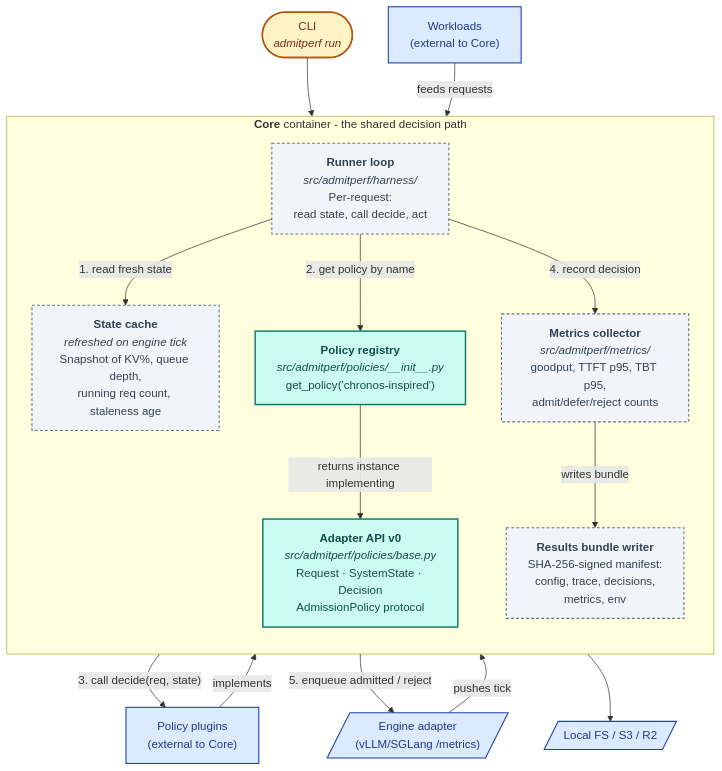
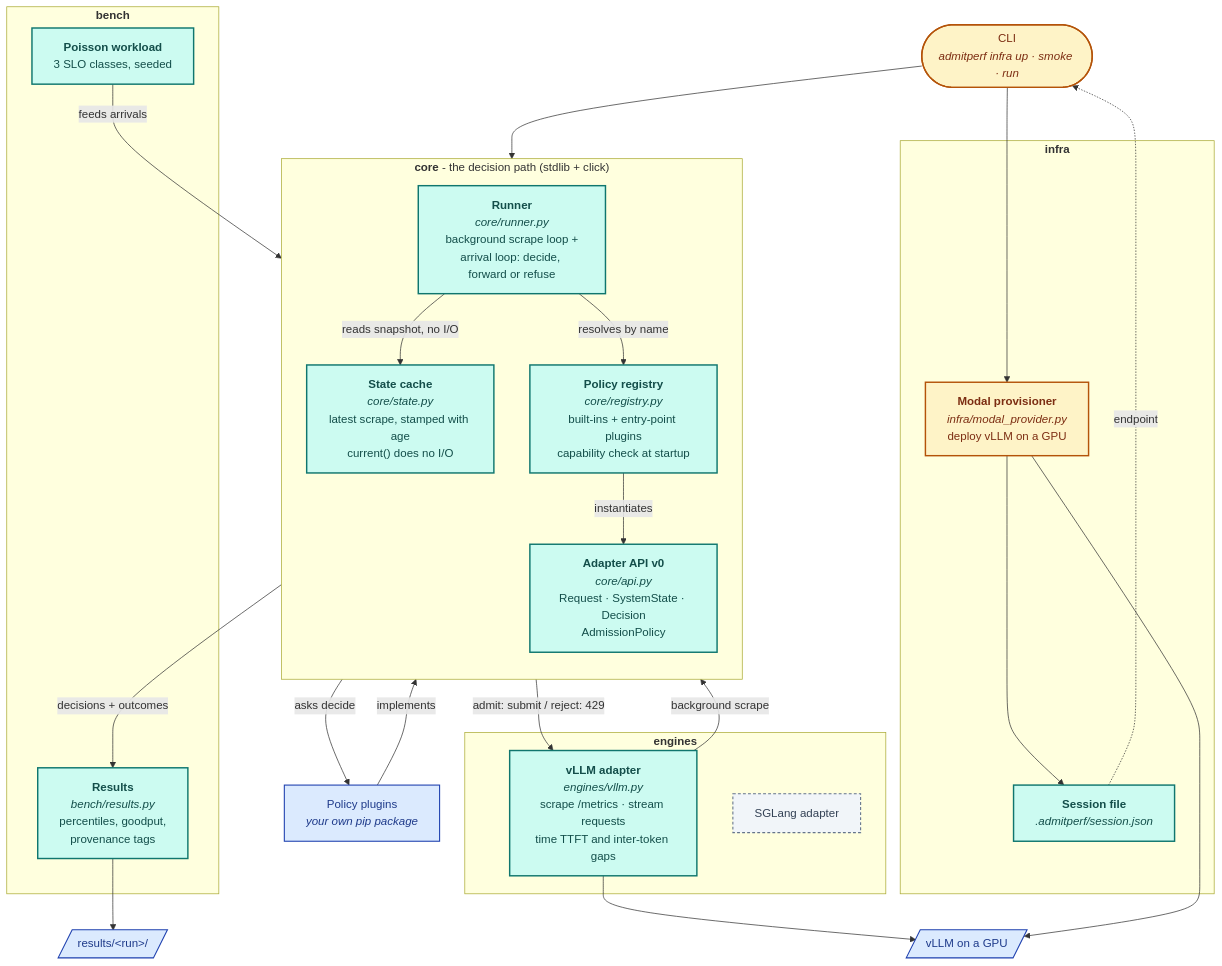
Before and after one commit to harshuljain13/AdmitPerf: the diagram in docs/architecture/03-component.mmd, drawn with Mermaid. The commit also changed 20 other files, not shown here.

```diff
--- a/docs/architecture/03-component.mmd
+++ b/docs/architecture/03-component.mmd
@@ -1,54 +1,67 @@
 %% C4 Level 3 — Component Diagram
-%% What lives inside the Core container. Green boxes exist; grey boxes are planned.
+%% What lives inside the package. Green boxes exist and are tested;
+%% amber is written but unproven; grey is not built. Matches docs/status.md.
 flowchart TB
 
-  cli(["CLI<br/><i>admitperf run</i>"])
+  cli(["CLI<br/><i>admitperf infra up · smoke · run</i>"])
 
-  subgraph CORE["<b>Core</b> container - the shared decision path"]
+  subgraph CORE["<b>core</b> - the decision path (stdlib + click)"]
     direction TB
 
-    api["<b>Adapter API v0</b><br/><i>src/admitperf/policies/base.py</i><br/>Request · SystemState · Decision<br/>AdmissionPolicy protocol"]
+    api["<b>Adapter API v0</b><br/><i>core/api.py</i><br/>Request · SystemState · Decision<br/>AdmissionPolicy"]
 
-    registry["<b>Policy registry</b><br/><i>src/admitperf/policies/__init__.py</i><br/>get_policy('chronos-inspired')"]
+    registry["<b>Policy registry</b><br/><i>core/registry.py</i><br/>built-ins + entry-point plugins<br/>capability check at startup"]
 
-    runner["<b>Runner loop</b><br/><i>src/admitperf/harness/</i><br/>Per-request:<br/>read state, call decide, act"]
+    runner["<b>Runner</b><br/><i>core/runner.py</i><br/>background scrape loop +<br/>arrival loop: decide, forward or refuse"]
 
-    stateCache["<b>State cache</b><br/><i>refreshed on engine tick</i><br/>Snapshot of KV%, queue depth,<br/>running req count, staleness age"]
-
-    metrics["<b>Metrics collector</b><br/><i>src/admitperf/metrics/</i><br/>goodput, TTFT p95, TBT p95,<br/>admit/defer/reject counts"]
-
-    bundle["<b>Results bundle writer</b><br/>SHA-256-signed manifest:<br/>config, trace, decisions,<br/>metrics, env"]
+    stateCache["<b>State cache</b><br/><i>core/state.py</i><br/>latest scrape, stamped with age<br/>current() does no I/O"]
   end
 
-  plugins["Policy plugins<br/>(external to Core)"]
-  workloads["Workloads<br/>(external to Core)"]
-  engine[/"Engine adapter<br/>(vLLM/SGLang /metrics)"/]
-  disk[/"Local FS / S3 / R2"/]
+  subgraph ENGINES["<b>engines</b>"]
+    vllm["<b>vLLM adapter</b><br/><i>engines/vllm.py</i><br/>scrape /metrics · stream requests<br/>time TTFT and inter-token gaps"]
+    sglang["SGLang adapter"]
+  end
+
+  subgraph INFRA["<b>infra</b>"]
+    modal["<b>Modal provisioner</b><br/><i>infra/modal_provider.py</i><br/>deploy vLLM on a GPU"]
+    session["<b>Session file</b><br/><i>.admitperf/session.json</i>"]
+  end
+
+  subgraph BENCH["<b>bench</b>"]
+    workloads["<b>Poisson workload</b><br/>3 SLO classes, seeded"]
+    results["<b>Results</b><br/><i>bench/results.py</i><br/>percentiles, goodput,<br/>provenance tags"]
+  end
+
+  plugins["Policy plugins<br/><i>your own pip package</i>"]
+  fleet[/"vLLM on a GPU"/]
+  disk[/"results/&lt;run&gt;/"/]
 
   cli --> runner
+  cli --> modal
+  modal --> session
+  session -. "endpoint" .-> cli
 
-  runner -- "1. read fresh state" --> stateCache
-  runner -- "2. get policy by name" --> registry
-  registry -- "returns instance implementing" --> api
-  runner -- "3. call decide(req, state)" --> plugins
+  runner -- "reads snapshot, no I/O" --> stateCache
+  runner -- "resolves by name" --> registry
+  registry -- "instantiates" --> api
   plugins -- "implements" --> api
-  runner -- "4. record decision" --> metrics
-  runner -- "5. enqueue admitted / reject" --> engine
+  runner -- "asks decide" --> plugins
+  runner -- "admit: submit / reject: 429" --> vllm
+  vllm -- "background scrape" --> stateCache
+  vllm --> fleet
+  modal --> fleet
+  workloads -- "feeds arrivals" --> runner
+  runner -- "decisions + outcomes" --> results
+  results --> disk
 
-  engine -- "pushes tick" --> stateCache
-  workloads -- "feeds requests" --> runner
-  metrics -- "writes bundle" --> bundle
-  bundle --> disk
-
-  %% Status overlay
   classDef built fill:#ccfbf1,stroke:#0f766e,color:#134e4a,stroke-width:2px
+  classDef unproven fill:#fef3c7,stroke:#b45309,color:#7c2d12,stroke-width:2px
   classDef planned fill:#f1f5f9,stroke:#64748b,color:#334155,stroke-width:1.5px,stroke-dasharray:4 3
   classDef external fill:#dbeafe,stroke:#1e40af,color:#1e3a8a,stroke-width:1.5px
   classDef entry fill:#fef3c7,stroke:#b45309,color:#7c2d12,stroke-width:2px
-  classDef container fill:#ccfbf1,stroke:#0f766e,color:#134e4a,stroke-width:3px
 
-  %% Actual status - matches docs/status.md
-  class api,registry built
-  class runner,stateCache,metrics,bundle planned
-  class plugins,workloads,engine,disk external
+  class api,registry,runner,stateCache,vllm,workloads,results,session built
+  class modal unproven
+  class sglang planned
+  class plugins,fleet,disk external
   class cli entry
```
